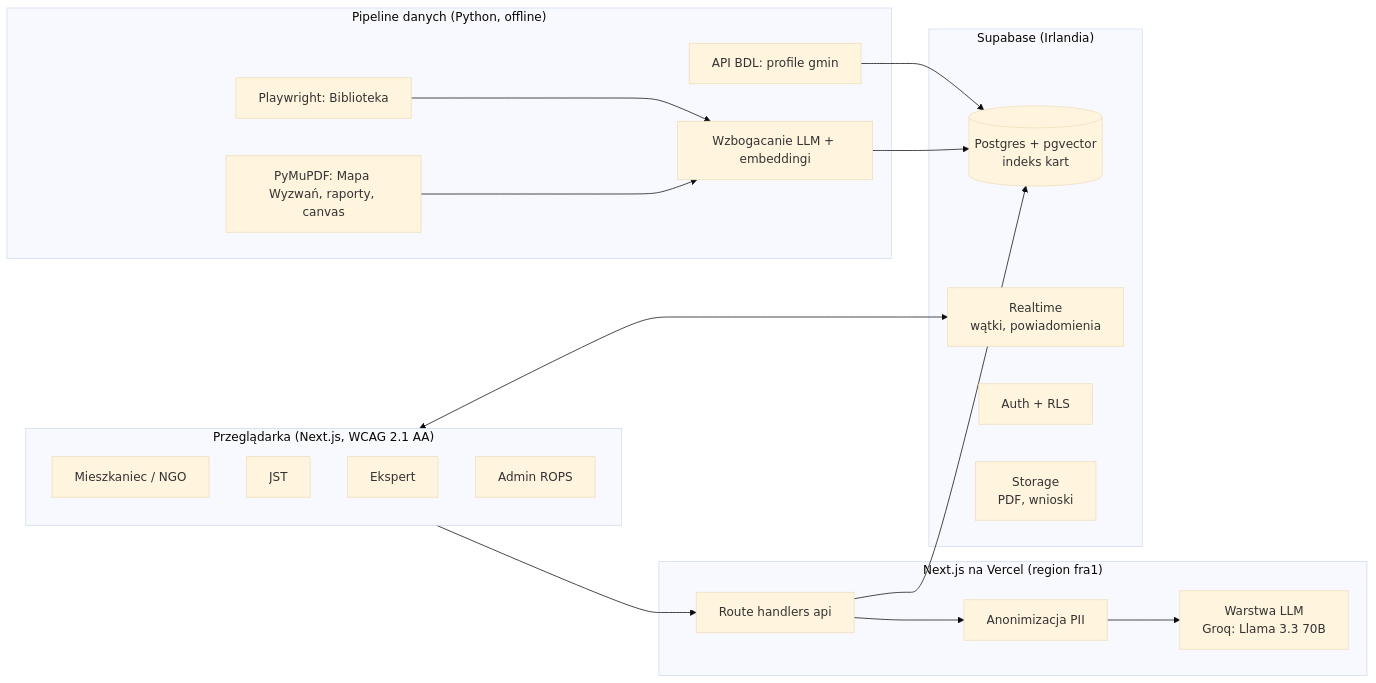
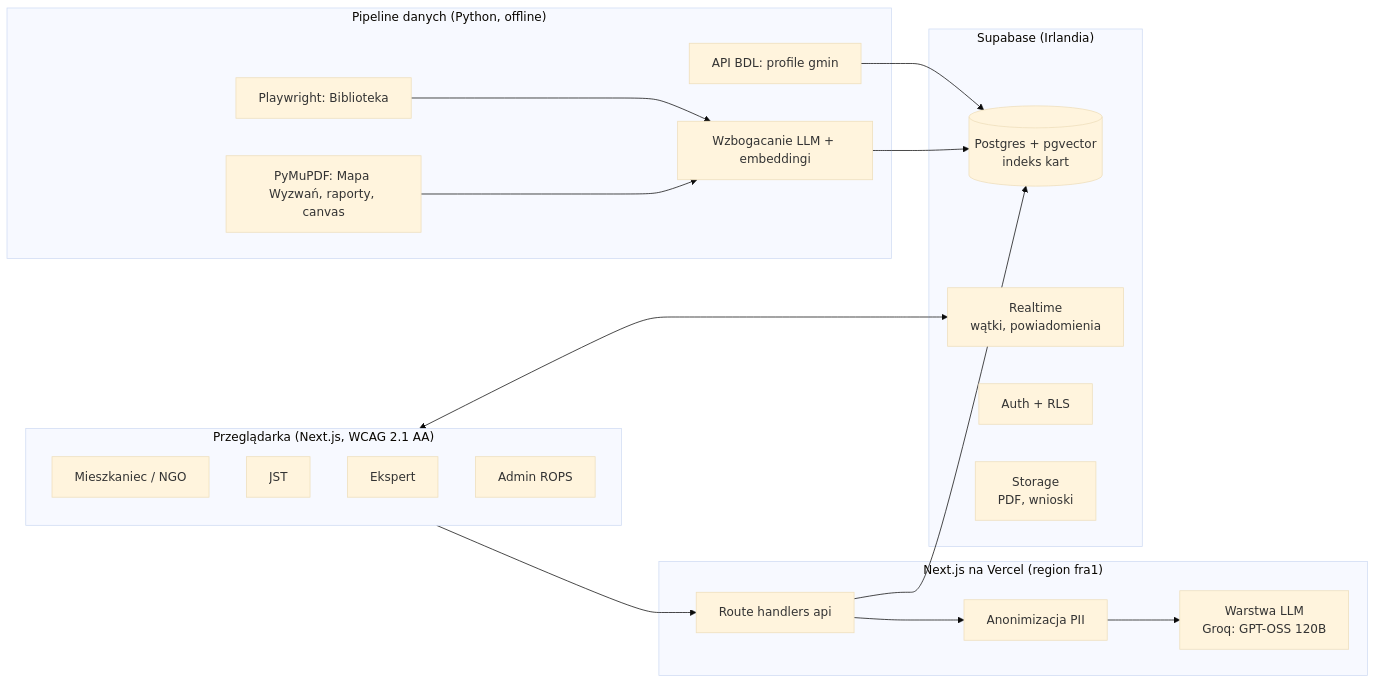
Before and after one commit to JaQubus/Spolecznik: the first of 3 diagrams in README.md, drawn with Mermaid (base theme). The commit also changed other lines of this file and 5 other files, not shown here.

First line of the commit message:
Switch Groq model to openai/gpt-oss-120b

````diff
--- a/README.md
+++ b/README.md
@@ -77,34 +77,34 @@
 ```mermaid
 flowchart LR
   subgraph K["Przeglądarka (Next.js, WCAG 2.1 AA)"]
     U1[Mieszkaniec / NGO]
     U2[JST]
     U3[Ekspert]
     U4[Admin ROPS]
   end
   subgraph A["Next.js na Vercel (region fra1)"]
     API[Route handlers api]
     PII[Anonimizacja PII]
-    LLM[Warstwa LLM<br/>Groq: Llama 3.3 70B]
+    LLM[Warstwa LLM<br/>Groq: GPT-OSS 120B]
   end
   subgraph D["Supabase (Irlandia)"]
     PG[(Postgres + pgvector<br/>indeks kart)]
     RT[Realtime<br/>wątki, powiadomienia]
     AU[Auth + RLS]
     ST[Storage<br/>PDF, wnioski]
   end
   subgraph P["Pipeline danych (Python, offline)"]
     SC[Playwright: Biblioteka]
     PD[PyMuPDF: Mapa Wyzwań, raporty, canvas]
     BD[API BDL: profile gmin]
     EN[Wzbogacanie LLM + embeddingi]
   end
   K --> API
   API --> PII --> LLM
   API --> PG
   K <--> RT
   SC --> EN
   PD --> EN
   BD --> PG
   EN --> PG
 ```
````
